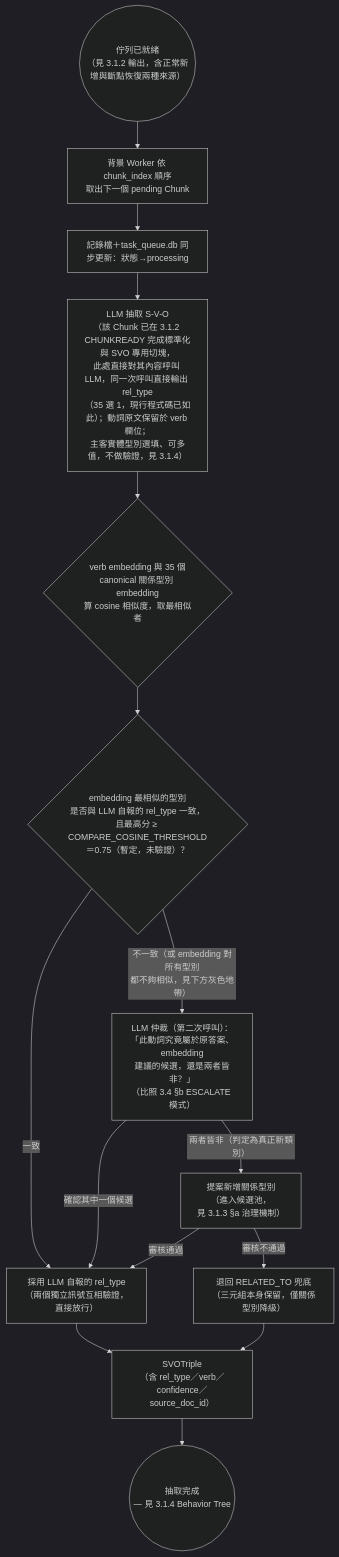
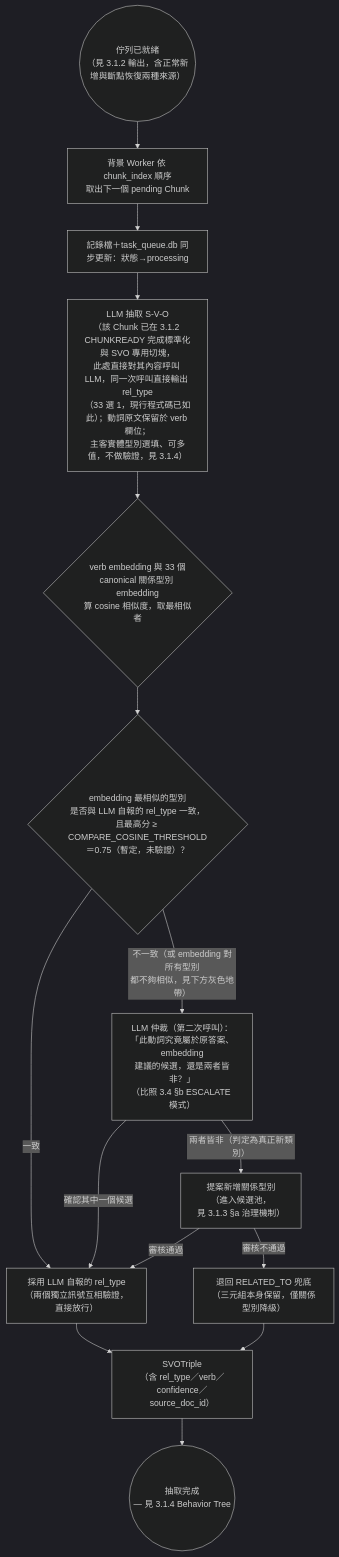
The fifth of 15 diagrams in docs/論文/03_系統設計與方法論.md (Chester930/world-knowledge-graph-rag), drawn with Mermaid (dark theme) before and after one commit. The commit also changed other lines of this file and 7 other files, not shown here.

First line of the commit message:
docs(thesis): 訂正 ConceptNet 關係型別 35→33（跟進官方 wiki 棄用建議），補齊 SIM 描述句 embedding 設計依據

````diff
--- a/docs/論文/03_系統設計與方法論.md
+++ b/docs/論文/03_系統設計與方法論.md
@@ -231,17 +231,17 @@
 ```mermaid
 flowchart TD
     READY2(("佇列已就緒<br/>（見 3.1.2 輸出，含正常新增與斷點恢復兩種來源）")) --> WORKER["背景 Worker 依 chunk_index 順序<br/>取出下一個 pending Chunk"]
     WORKER --> PROC["記錄檔＋task_queue.db 同步更新：狀態→processing"]
-    PROC --> LLM_SVO["LLM 抽取 S-V-O<br/>（該 Chunk 已在 3.1.2 CHUNKREADY 完成標準化與 SVO 專用切塊，<br/>此處直接對其內容呼叫 LLM，同一次呼叫直接輸出 rel_type<br/>（35 選 1，現行程式碼已如此）；動詞原文保留於 verb 欄位；<br/>主客實體型別選填、可多值，不做驗證，見 3.1.4）"]
-    LLM_SVO --> SIM{"verb embedding 與 35 個<br/>canonical 關係型別 embedding<br/>算 cosine 相似度，取最相似者"}
+    PROC --> LLM_SVO["LLM 抽取 S-V-O<br/>（該 Chunk 已在 3.1.2 CHUNKREADY 完成標準化與 SVO 專用切塊，<br/>此處直接對其內容呼叫 LLM，同一次呼叫直接輸出 rel_type<br/>（33 選 1，現行程式碼已如此）；動詞原文保留於 verb 欄位；<br/>主客實體型別選填、可多值，不做驗證，見 3.1.4）"]
+    LLM_SVO --> SIM{"verb embedding 與 33 個<br/>canonical 關係型別 embedding<br/>算 cosine 相似度，取最相似者"}
     SIM --> COMPARE{"embedding 最相似的型別<br/>是否與 LLM 自報的 rel_type 一致，<br/>且最高分 ≥ COMPARE_COSINE_THRESHOLD＝0.75（暫定，未驗證）？"}
     COMPARE -->|一致| ASSIGN["採用 LLM 自報的 rel_type<br/>（兩個獨立訊號互相驗證，直接放行）"]
     COMPARE -->|"不一致（或 embedding 對所有型別\n都不夠相似，見下方灰色地帶）"| ESCALATE3["LLM 仲裁（第二次呼叫）：<br/>「此動詞究竟屬於原答案、embedding<br/>建議的候選，還是兩者皆非？」<br/>（比照 3.4 §b ESCALATE 模式）"]
     ESCALATE3 -->|確認其中一個候選| ASSIGN
     ESCALATE3 -->|"兩者皆非（判定為真正新類別）"| EXPAND["提案新增關係型別<br/>（進入候選池，<br/>見 3.1.3 §a 治理機制）"]
     EXPAND -->|審核不通過| REJECT["退回 RELATED_TO 兜底<br/>（三元組本身保留，僅關係型別降級）"]
     EXPAND -->|審核通過| ASSIGN
     ASSIGN --> TRIPLE["SVOTriple<br/>（含 rel_type／verb／confidence／source_doc_id）"]
     REJECT --> TRIPLE
     TRIPLE --> HANDOFF3(("抽取完成<br/>— 見 3.1.4 Behavior Tree"))
 ```
````
